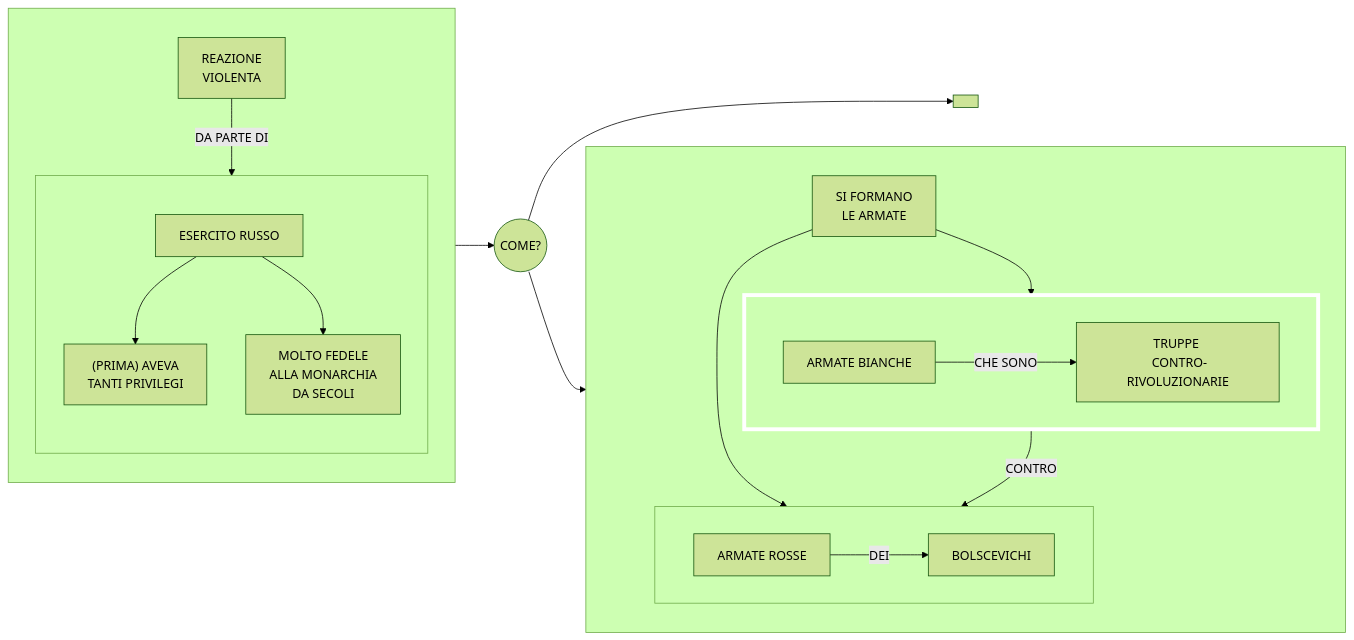
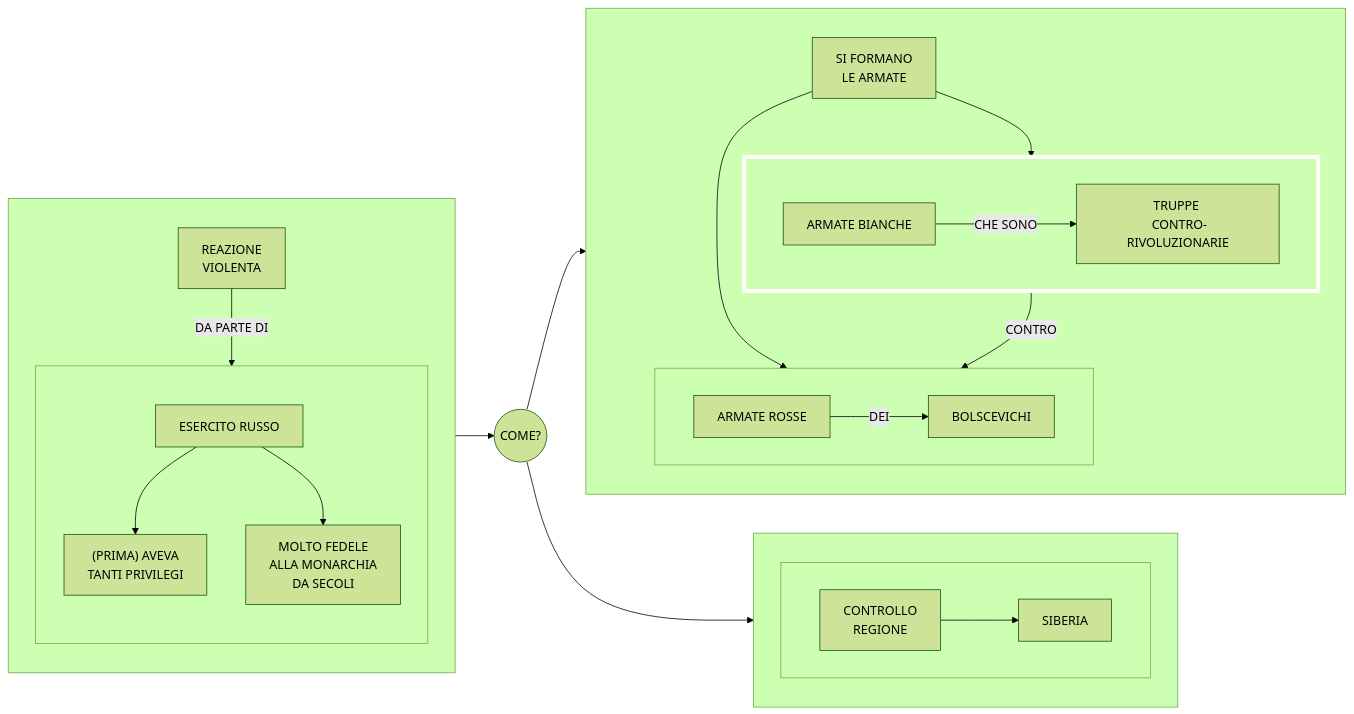
The sixth of 6 diagrams in stalinismo.md (Laaouatni/ricerca-storia-MermaidJS), drawn with Mermaid (forest theme) before and after one commit.

````diff
--- a/stalinismo.md
+++ b/stalinismo.md
@@ -238,36 +238,40 @@
 ```mermaid
 flowchart LR
     subgraph 020[" "]
         0200[REAZIONE <br> VIOLENTA]
         subgraph 021[" "]
             direction TB;
             0210[ESERCITO RUSSO]
             02100["(PRIMA) AVEVA <BR> TANTI PRIVILEGI"]
             02101[MOLTO FEDELE <BR> ALLA MONARCHIA <BR> DA SECOLI]
             0210 --> 02100 & 02101
         end
         0200 -->|DA PARTE DI| 021
     end
     04((COME?))
     04 --> 1 & 2
     020 --> 04  
     subgraph 1[" "]
         10[SI FORMANO <br> LE ARMATE]
         subgraph 100[" "]
             1000[ARMATE BIANCHE]
             10000[TRUPPE <BR> CONTRO-RIVOLUZIONARIE]
             1000 -->|CHE SONO| 10000
         end
         style 100 stroke:#FFFFFF, stroke-width:5px;
         subgraph 101[" "]
             1010[ARMATE ROSSE]
             10100[BOLSCEVICHI]
             1010 -->|DEI| 10100
         end
         10 --> 100 & 101
         100 --> |CONTRO| 101
     end
     subgraph 2[" "]
-        %% 20[SI FORMANO]
+        subgraph 20[" "]
+            200[CONTROLLO <br> REGIONE]
+            2000[SIBERIA]
+            200 --> 2000
+        end
     end
 ```
````
